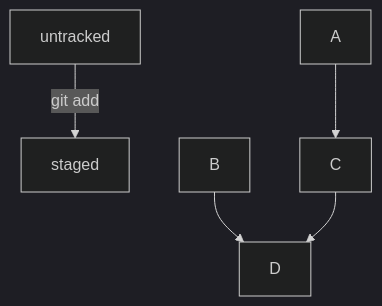
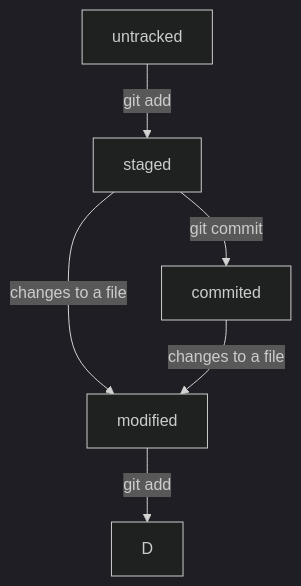
One commit to aydaraliev/git_course_yandex changed the diagram in README.md. Above: the diagram before and after it, drawn with Mermaid (dark theme).

Commit message:
Проверить работоспособность mermaid диаграмм.

````diff
--- a/README.md
+++ b/README.md
@@ -87,7 +87,8 @@
 ```mermaid
 graph TD;
     untracked--git add-->staged;
-    A-->C;
-    B-->D;
-    C-->D;
+    staged--git commit-->commited;
+    staged--changes to a file-->modified;
+    modified--git add-->D;
+    commited--changes to a file-->modified;
 ```
````
